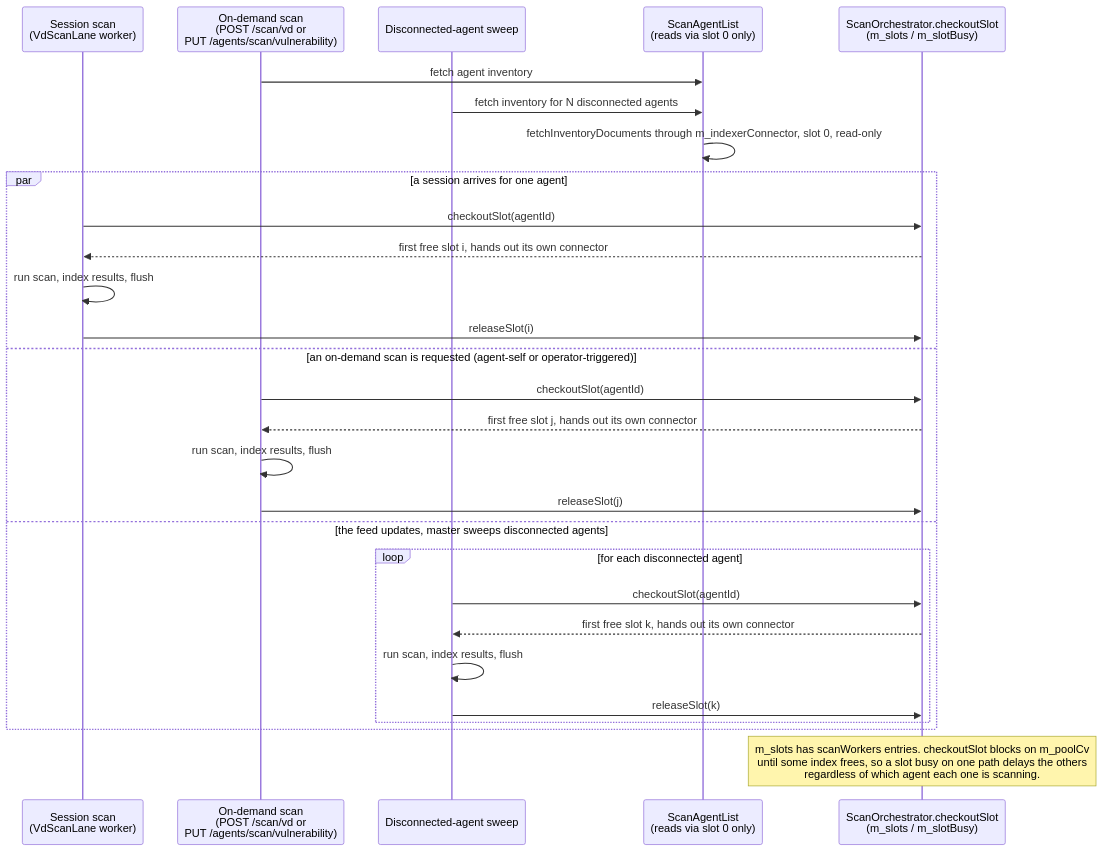
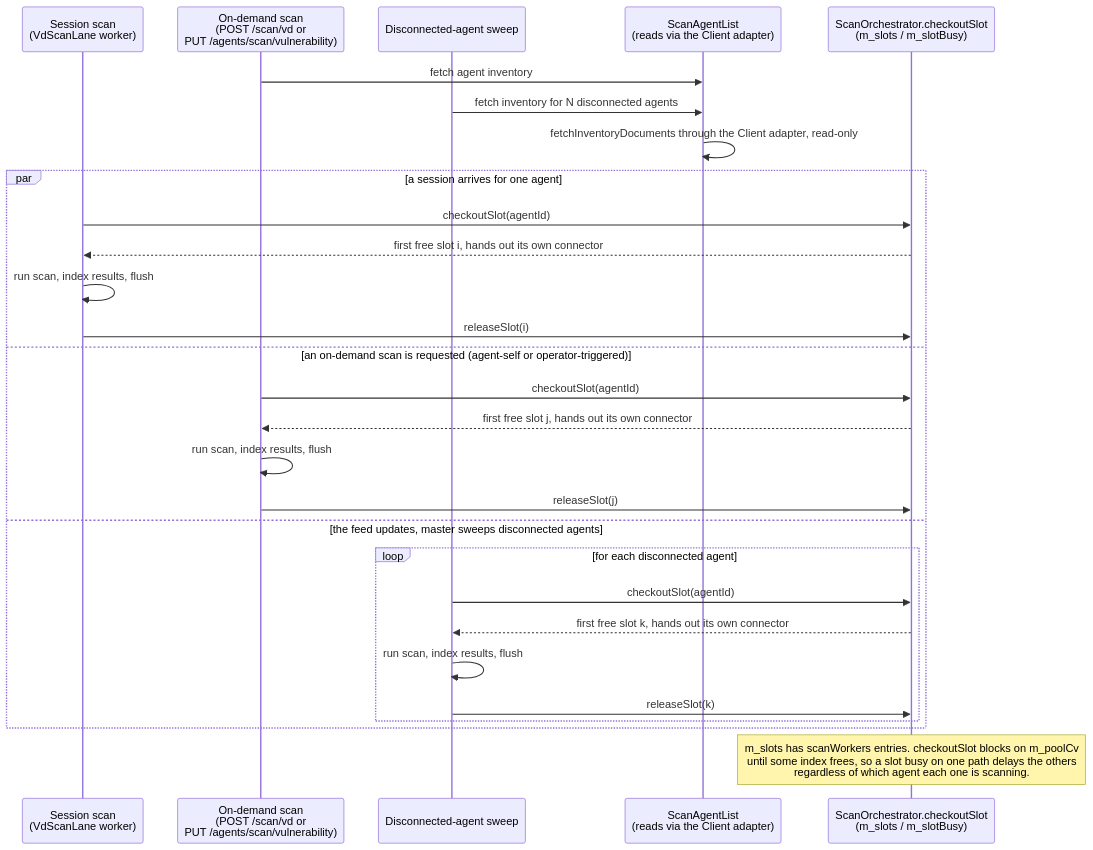
One commit to wazuh/wazuh changed the second of 3 diagrams in docs/ref/modules/vulnerability-scanner/architecture.md. Above: the diagram before and after it, drawn with Mermaid. The commit also changed other lines of this file and 48 other files, not shown here.

````diff
--- a/docs/ref/modules/vulnerability-scanner/architecture.md
+++ b/docs/ref/modules/vulnerability-scanner/architecture.md
@@ -266,33 +319,33 @@
 ```mermaid
 sequenceDiagram
     participant Session as Session scan<br/>(VdScanLane worker)
     participant OnDemand as On-demand scan<br/>(POST /scan/vd or<br/>PUT /agents/scan/vulnerability)
     participant Sweep as Disconnected-agent sweep
-    participant SAL as ScanAgentList<br/>(reads via slot 0 only)
+    participant SAL as ScanAgentList<br/>(reads via the Client adapter)
     participant SO as ScanOrchestrator.checkoutSlot<br/>(m_slots / m_slotBusy)
 
     OnDemand->>SAL: fetch agent inventory
     Sweep->>SAL: fetch inventory for N disconnected agents
-    SAL->>SAL: fetchInventoryDocuments through m_indexerConnector, slot 0, read-only
+    SAL->>SAL: fetchInventoryDocuments through the Client adapter, read-only
 
     par a session arrives for one agent
         Session->>SO: checkoutSlot(agentId)
         SO-->>Session: first free slot i, hands out its own connector
         Session->>Session: run scan, index results, flush
         Session->>SO: releaseSlot(i)
     and an on-demand scan is requested (agent-self or operator-triggered)
         OnDemand->>SO: checkoutSlot(agentId)
         SO-->>OnDemand: first free slot j, hands out its own connector
         OnDemand->>OnDemand: run scan, index results, flush
         OnDemand->>SO: releaseSlot(j)
     and the feed updates, master sweeps disconnected agents
         loop for each disconnected agent
             Sweep->>SO: checkoutSlot(agentId)
             SO-->>Sweep: first free slot k, hands out its own connector
             Sweep->>Sweep: run scan, index results, flush
             Sweep->>SO: releaseSlot(k)
         end
     end
 
     Note over SO: m_slots has scanWorkers entries. checkoutSlot blocks on m_poolCv<br/>until some index frees, so a slot busy on one path delays the others<br/>regardless of which agent each one is scanning.
 ```
````
